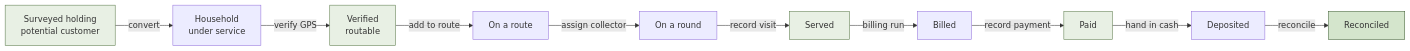
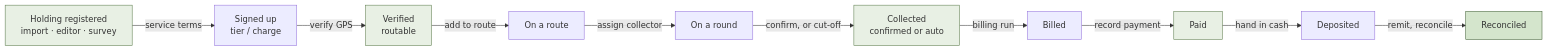
The first of 18 diagrams in docs/WORKFLOWS.md (DataMartBD/Solid-Waste-Management), drawn with Mermaid before and after one commit. The commit also changed other lines of this file and 189 other files, not shown here.

````diff
--- a/docs/WORKFLOWS.md
+++ b/docs/WORKFLOWS.md
@@ -37,18 +45,18 @@
 ```mermaid
 flowchart LR
-    A[Surveyed holding<br/>potential customer] -->|convert| B[Household<br/>under service]
+    A[Holding registered<br/>import · editor · survey] -->|service terms| B[Signed up<br/>tier / charge]
     B -->|verify GPS| C[Verified<br/>routable]
     C -->|add to route| D[On a route]
     D -->|assign collector| E[On a round]
-    E -->|record visit| F[Served]
+    E -->|confirm, or cut-off| F[Collected<br/>confirmed or auto]
     F -->|billing run| G[Billed]
     G -->|record payment| H[Paid]
     H -->|hand in cash| I[Deposited]
-    I -->|reconcile| J[Reconciled]
+    I -->|remit, reconcile| J[Reconciled]
 
     style A fill:#e8f0e4,stroke:#5a7a4a
     style C fill:#e8f0e4,stroke:#5a7a4a
     style F fill:#e8f0e4,stroke:#5a7a4a
     style H fill:#e8f0e4,stroke:#5a7a4a
     style J fill:#d4e5cc,stroke:#3d5c30
 ```
````
